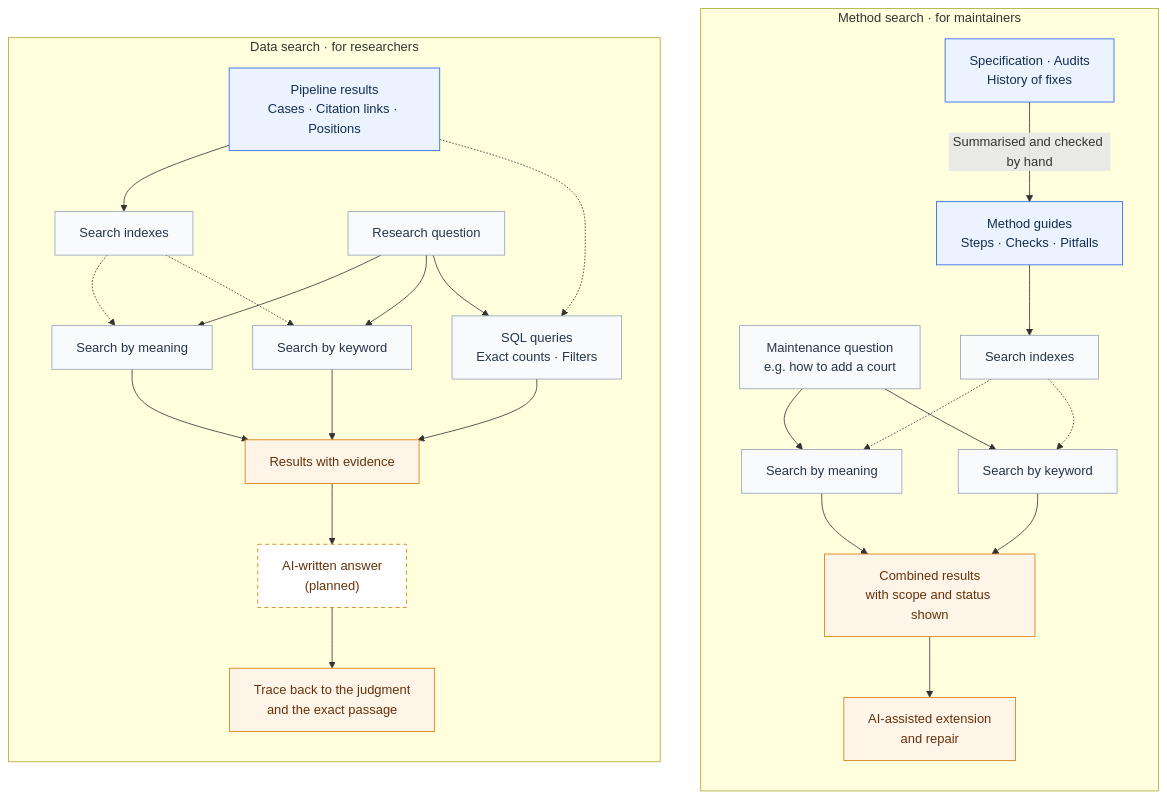
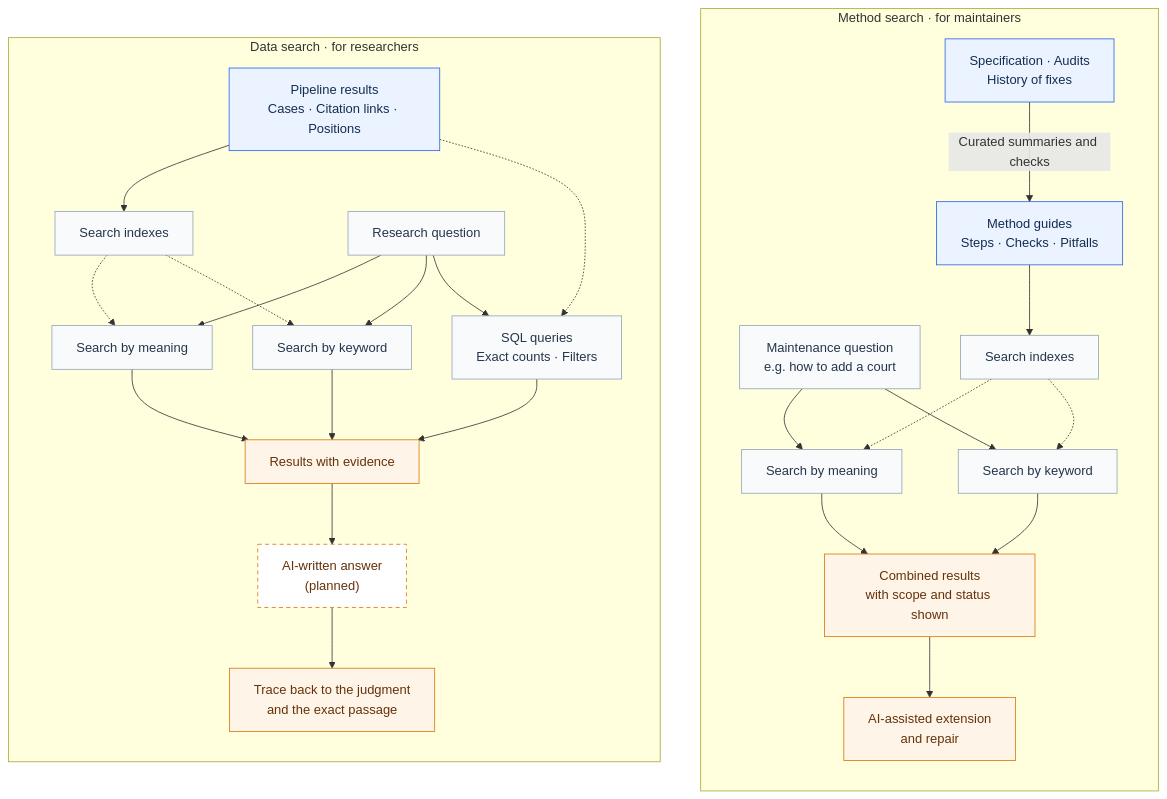
The second of 2 diagrams in README.md (yubow47-bot/case-citation-pipeline), drawn with Mermaid before and after one commit. The commit also changed other lines of this file, not shown here.

````diff
--- a/README.md
+++ b/README.md
@@ -155,51 +178,51 @@
 ```mermaid
 flowchart TB
     subgraph METHODS["Method search · for maintainers"]
         direction TB
         MS["Specification · Audits<br/>History of fixes"]
         MC["Method guides<br/>Steps · Checks · Pitfalls"]
         MI["Search indexes"]
         MQ["Maintenance question<br/>e.g. how to add a court"]
         MV["Search by meaning"]
         MK["Search by keyword"]
         MR["Combined results<br/>with scope and status shown"]
         MA["AI-assisted extension<br/>and repair"]
 
-        MS -->|Summarised and checked by hand| MC
+        MS -->|Curated summaries and checks| MC
         MC --> MI
         MQ --> MV & MK
         MI -.-> MV & MK
         MV & MK --> MR
         MR --> MA
     end
 
     subgraph DATA["Data search · for researchers"]
         direction TB
         DS["Pipeline results<br/>Cases · Citation links · Positions"]
         DI["Search indexes"]
         DQ["Research question"]
         DV["Search by meaning"]
         DK["Search by keyword"]
         DT["SQL queries<br/>Exact counts · Filters"]
         DR["Results with evidence"]
         DA["AI-written answer<br/>(planned)"]
         DP["Trace back to the judgment<br/>and the exact passage"]
 
         DS --> DI
         DS -.-> DT
         DQ --> DV & DK & DT
         DI -.-> DV & DK
         DV & DK & DT --> DR
         DR --> DA
         DA --> DP
     end
 
     classDef content fill:#eaf3ff,stroke:#2563eb,color:#142d50;
     classDef search fill:#f8fafc,stroke:#94a3b8,color:#25354a;
     classDef result fill:#fff4e8,stroke:#d97706,color:#65320a;
     classDef planned fill:#ffffff,stroke:#d97706,stroke-dasharray:5 4,color:#65320a;
     class MS,MC,DS content;
     class MI,MQ,MV,MK,DI,DQ,DV,DK,DT search;
     class MR,MA,DR,DP result;
     class DA planned;
 ```
````
